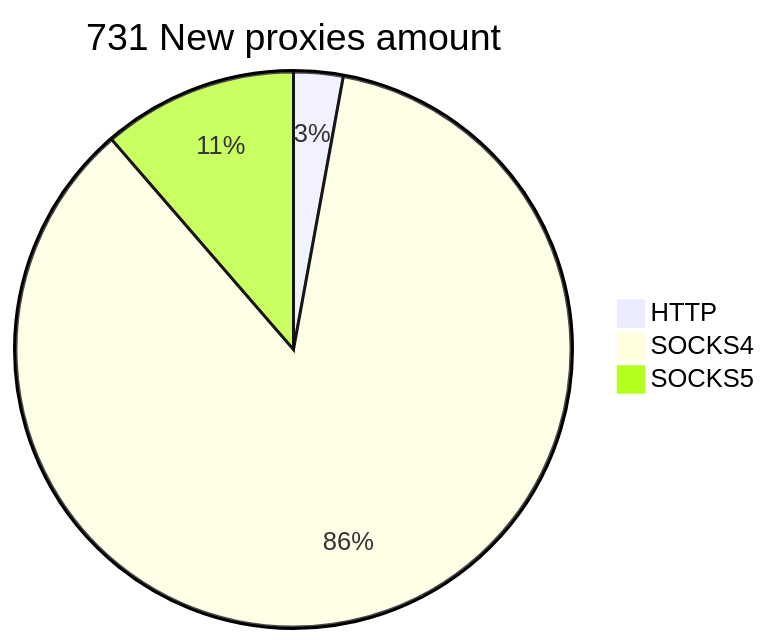
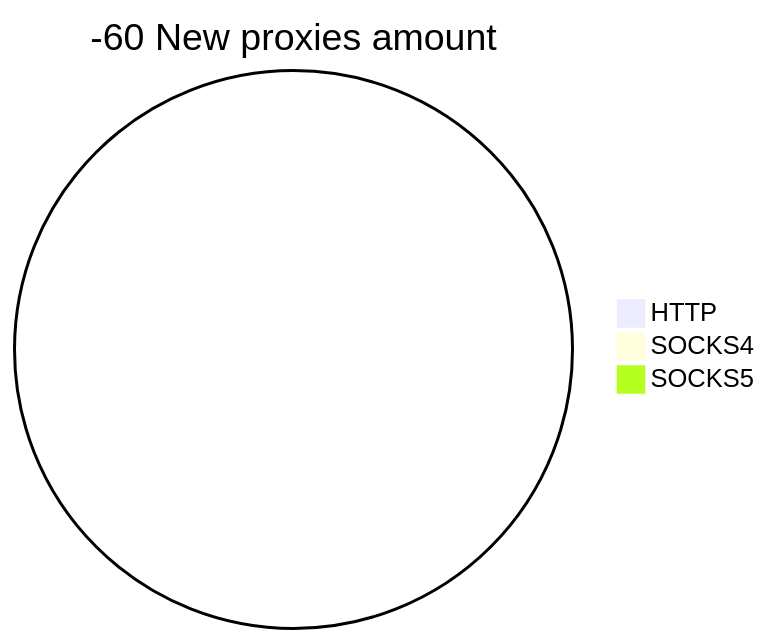
The second of 2 diagrams in README.md (cutipu/proxylist), drawn with Mermaid before and after one commit. The commit also changed other lines of this file, not shown here.

````diff
--- a/README.md
+++ b/README.md
@@ -10,6 +10,6 @@
 ```mermaid
-pie title 731 New proxies amount
-    "HTTP" : 21
-    "SOCKS4" : 627
-    "SOCKS5" : 83
+pie title -60 New proxies amount
+    "HTTP" : 0
+    "SOCKS4" : 0
+    "SOCKS5" : 0
 ```
````
